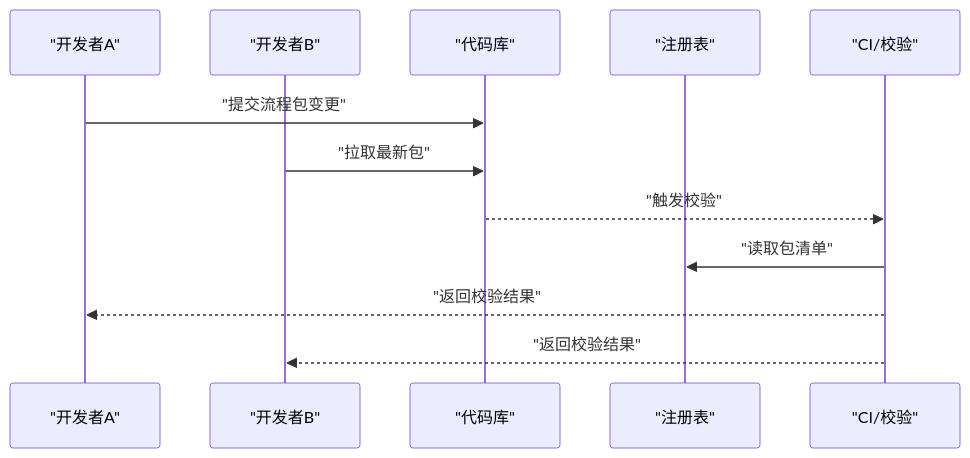
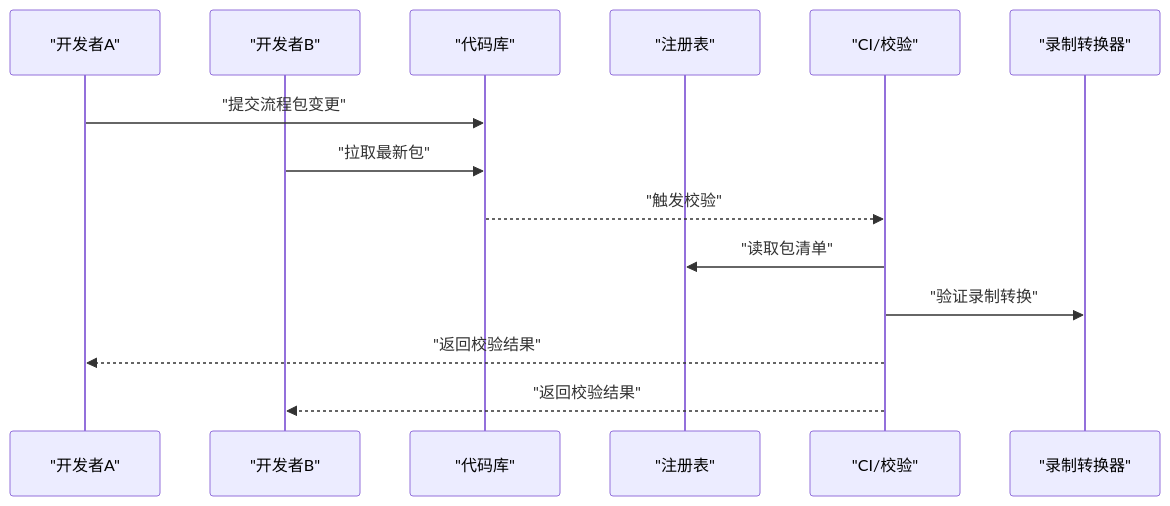
One commit to hanago33/WT_Automation changed the seventh of 10 diagrams in .qoder/repowiki/zh/content/流程管理/流程包管理/流程包管理.md. Above: the diagram before and after it, drawn with Mermaid. The commit also changed other lines of this file and 220 other files, not shown here.

````diff
--- a/.qoder/repowiki/zh/content/流程管理/流程包管理/流程包管理.md
+++ b/.qoder/repowiki/zh/content/流程管理/流程包管理/流程包管理.md
@@ -327,14 +432,16 @@
 ```mermaid
 sequenceDiagram
 participant DevA as "开发者A"
 participant DevB as "开发者B"
 participant Repo as "代码库"
 participant Reg as "注册表"
 participant CI as "CI/校验"
+participant Conv as "录制转换器"
 DevA->>Repo : "提交流程包变更"
 DevB->>Repo : "拉取最新包"
 Repo-->>CI : "触发校验"
 CI->>Reg : "读取包清单"
+CI->>Conv : "验证录制转换"
 CI-->>DevA : "返回校验结果"
 CI-->>DevB : "返回校验结果"
 ```
````
